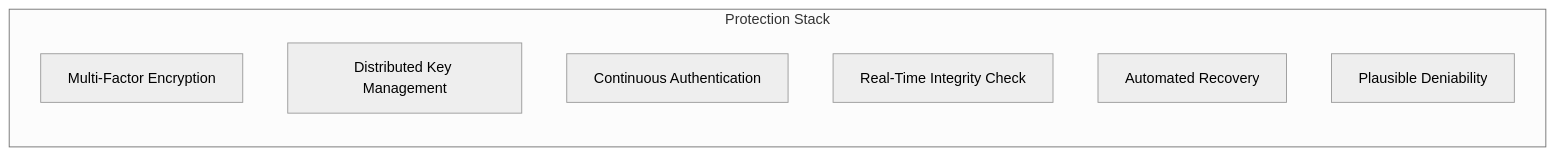
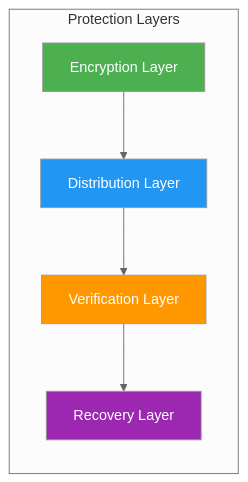
One commit to Thunder9954/Markush_FECS changed the second of 5 diagrams in README.md. Above: the diagram before and after it, drawn with Mermaid (neutral theme). The commit also changed other lines of this file, not shown here.

````diff
--- a/README.md
+++ b/README.md
@@ -99,11 +103,18 @@
 ```mermaid
 graph LR
-    subgraph "Protection Stack"
-        P1[Multi-Factor Encryption]
-        P2[Distributed Key Management]
-        P3[Continuous Authentication]
-        P4[Real-Time Integrity Check]
-        P5[Automated Recovery]
-        P6[Plausible Deniability]
+    subgraph "Protection Layers"
+        P1[Encryption Layer]
+        P2[Distribution Layer]
+        P3[Verification Layer]
+        P4[Recovery Layer]
     end
+    
+    P1 --> P2
+    P2 --> P3
+    P3 --> P4
+    
+    style P1 fill:#4CAF50,color:#fff
+    style P2 fill:#2196F3,color:#fff
+    style P3 fill:#FF9800,color:#fff
+    style P4 fill:#9C27B0,color:#fff
 ```
````
